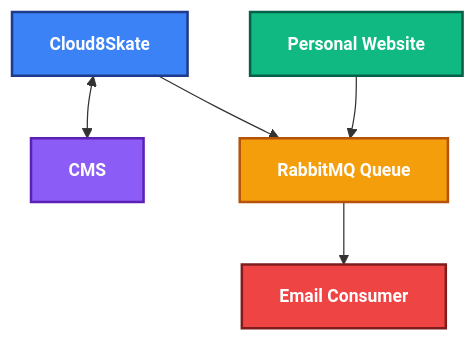
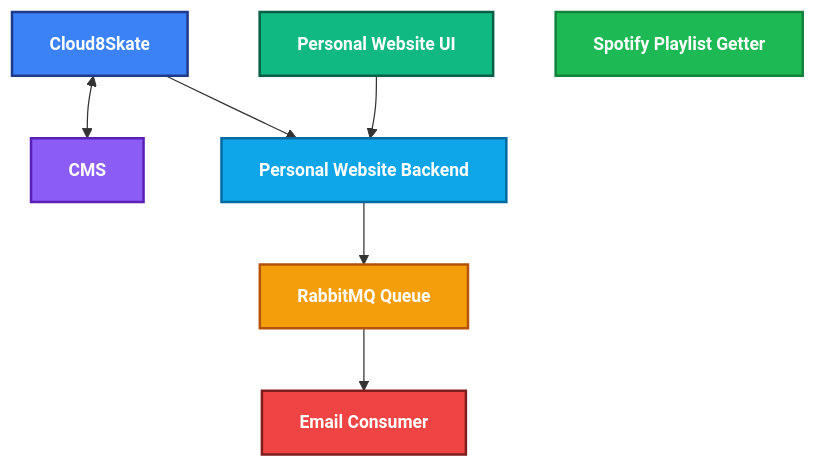
Before and after one commit to iamharryliu/vigilant-broccoli: the first of 2 diagrams in docs/infrastructure.md, drawn with Mermaid. The commit also changed 1 other file, not shown here.

````diff
--- a/docs/infrastructure.md
+++ b/docs/infrastructure.md
@@ -3,19 +3,33 @@
 ```mermaid
 graph TD
 
   %% Define nodes
-  A[Cloud8Skate] <--> B[CMS]
-  C[Personal Website] --> D[RabbitMQ Queue]
-  A --> D
-  D --> E[Email Consumer]
+  A[Cloud8Skate]
+  B[CMS]
+  C[Personal Website UI]
+  F[Personal Website Backend]
+  D[RabbitMQ Queue]
+  E[Email Consumer]
+  G[Spotify Playlist Getter]
+
+  %% Connections
+  A <--> B
+  C --> F
+  F --> D
+  A --> F
+  D --> E
+  G 
 
   %% Styling
   style A fill:#3b82f6,stroke:#1e3a8a,stroke-width:2px,color:white
   style B fill:#8b5cf6,stroke:#5b21b6,stroke-width:2px,color:white
   style C fill:#10b981,stroke:#065f46,stroke-width:2px,color:white
+  style F fill:#0ea5e9,stroke:#0369a1,stroke-width:2px,color:white
   style D fill:#f59e0b,stroke:#b45309,stroke-width:2px,color:white
   style E fill:#ef4444,stroke:#7f1d1d,stroke-width:2px,color:white
+  style G fill:#1db954,stroke:#14833b,stroke-width:2px,color:white
 
   %% Labels
   classDef label font-weight:bold,font-size:14px
+
 ```
````
